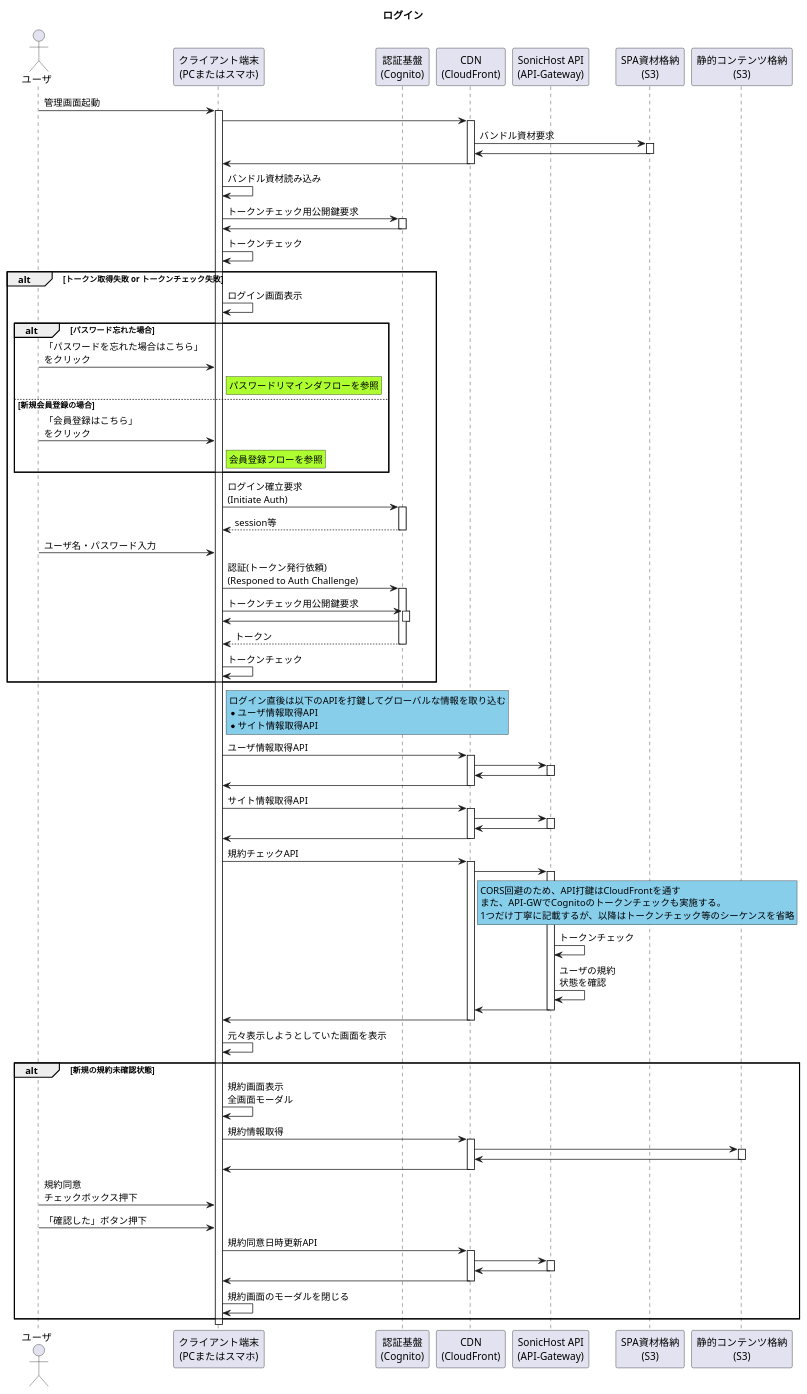
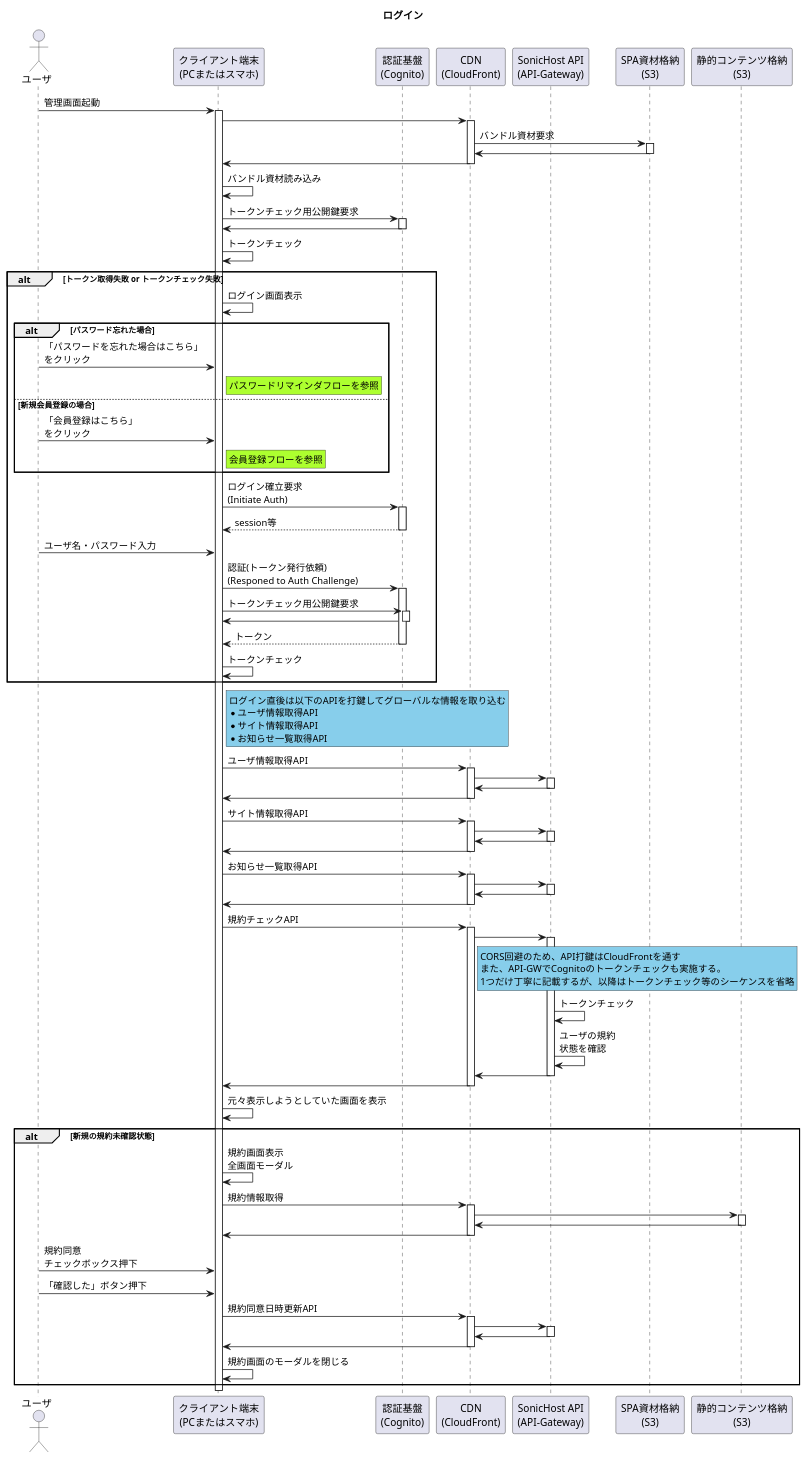
Before and after one commit to Sonic-Host/documents: the diagram in 01_Sequences/00_Authentication/00_Login_Flow/LoginFlow.pu, drawn with PlantUML.

Commit message:
ログインフローにお知らせ一覧取得APIを追加

```diff
--- a/01_Sequences/00_Authentication/00_Login_Flow/LoginFlow.pu
+++ b/01_Sequences/00_Authentication/00_Login_Flow/LoginFlow.pu
@@ -1,91 +1,96 @@
 @startuml ログイン
 title ログイン
 
 
 ' アクター定義
 actor "ユーザ" as user
 participant "クライアント端末\n(PCまたはスマホ)" as device
 participant "認証基盤\n(Cognito)" as cognito
 participant "CDN\n(CloudFront)" as cdn
 participant "SonicHost API\n(API-Gateway)" as api
 participant "SPA資材格納\n(S3)" as spa
 participant "静的コンテンツ格納\n(S3)" as static
 
 ' 起動
 user -> device ++ : 管理画面起動
 device -> cdn ++
 cdn -> spa ++ : バンドル資材要求
 cdn <- spa --
 device <- cdn --
 device ->device : バンドル資材読み込み
 device -> cognito ++ : トークンチェック用公開鍵要求
 device <- cognito --
 device -> device: トークンチェック
 ' トークンチェック
 alt トークン取得失敗 or トークンチェック失敗
     device -> device : ログイン画面表示
     alt パスワード忘れた場合
         user -> device : 「パスワードを忘れた場合はこちら」\nをクリック
         rnote right of device #GreenYellow
             パスワードリマインダフローを参照
         end note
     else 新規会員登録の場合
         user -> device: 「会員登録はこちら」\nをクリック
         rnote right of device #GreenYellow
             会員登録フローを参照
         end note
     end 
     device -> cognito ++ : ログイン確立要求\n(Initiate Auth)
     device <-- cognito -- : session等
     user -> device : ユーザ名・パスワード入力
     device -> cognito ++ : 認証(トークン発行依頼)\n(Responed to Auth Challenge)
     device -> cognito ++ : トークンチェック用公開鍵要求
     device <- cognito --
     device <-- cognito -- : トークン
     device -> device : トークンチェック
 end 
 ' 規約確認
 rnote right of device #SkyBlue
     ログイン直後は以下のAPIを打鍵してグローバルな情報を取り込む
     * ユーザ情報取得API
     * サイト情報取得API
+    * お知らせ一覧取得API
 end note 
 device -> cdn ++ : ユーザ情報取得API
 cdn -> api ++ 
 cdn <- api --
 device <- cdn --
 device -> cdn ++ : サイト情報取得API
 cdn -> api ++
+cdn <- api --
+device <- cdn --
+device -> cdn ++ : お知らせ一覧取得API
+cdn -> api ++ 
 cdn <- api --
 device <- cdn -- 
 device -> cdn ++ : 規約チェックAPI
 cdn -> api ++
 rnote right of cdn #SkyBlue
     CORS回避のため、API打鍵はCloudFrontを通す
     また、API-GWでCognitoのトークンチェックも実施する。
     1つだけ丁寧に記載するが、以降はトークンチェック等のシーケンスを省略
 end note
 api -> api : トークンチェック
 api -> api : ユーザの規約\n状態を確認
 cdn <- api --
 device <- cdn --
 device -> device : 元々表示しようとしていた画面を表示
 alt 新規の規約未確認状態
     device -> device : 規約画面表示\n全画面モーダル
     device -> cdn ++ : 規約情報取得
     cdn -> static ++ 
     cdn <- static --
     device <- cdn --
     user -> device : 規約同意\nチェックボックス押下
     user -> device : 「確認した」ボタン押下
     device -> cdn ++ : 規約同意日時更新API
     cdn -> api ++ 
     cdn <- api --
     device <- cdn --
     device -> device : 規約画面のモーダルを閉じる
 end
 
 
 
 
 @enduml
```
